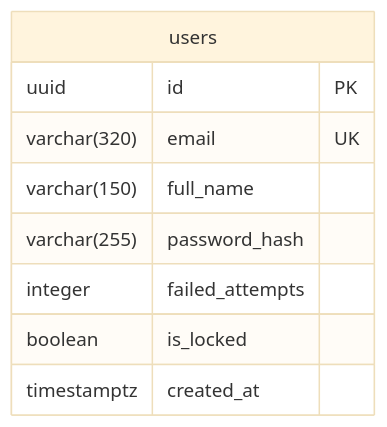
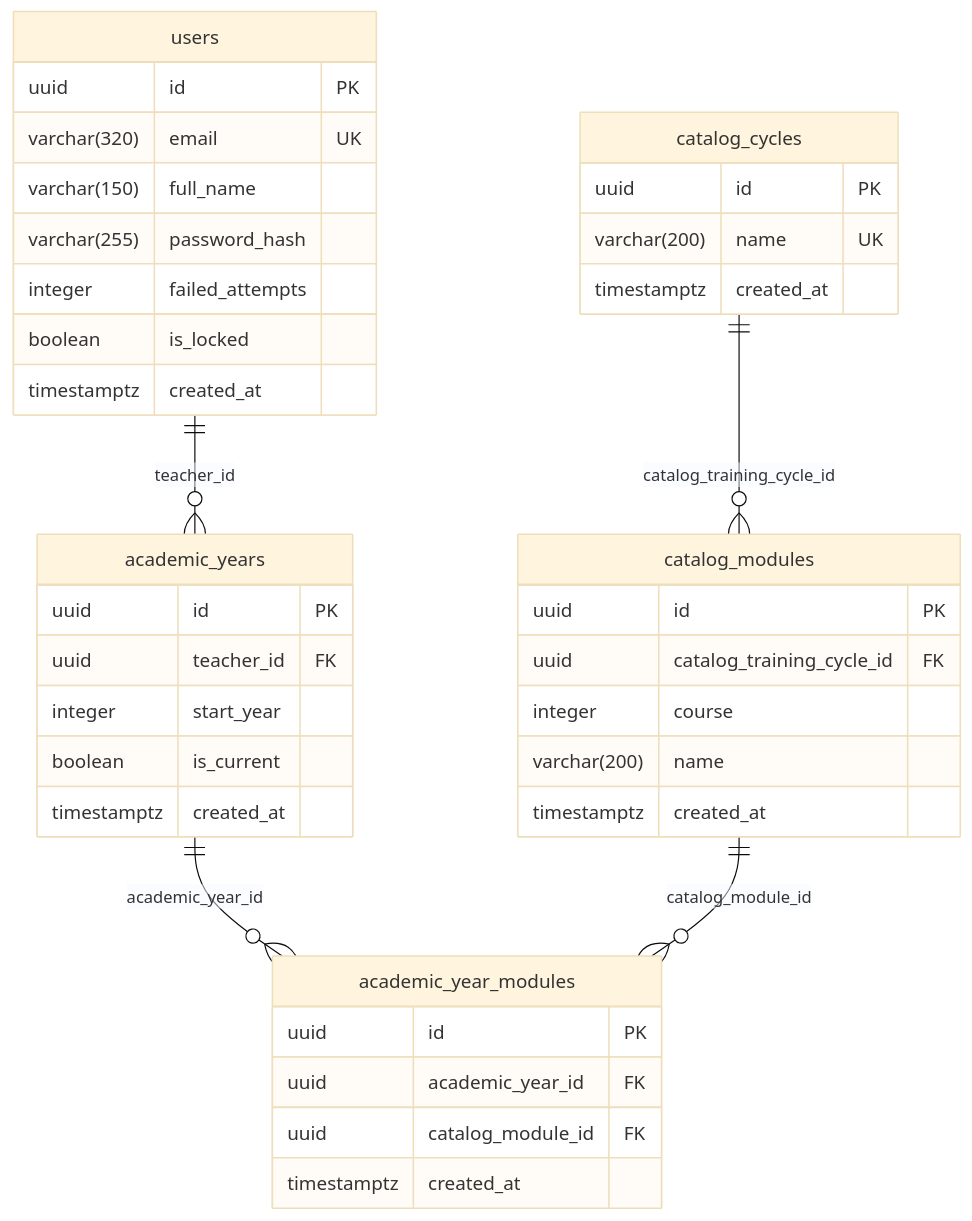
Before and after one commit to dbetancorfp/PYTO_CUADERNO_DE_AULA_V0: the diagram in docs/database.md, drawn with Mermaid (base theme). The commit also changed other lines of this file and 2 other files, not shown here.

First line of the commit message:
docs: sync database/architecture/index pages with real repo state

````diff
--- a/docs/database.md
+++ b/docs/database.md
@@ -42,12 +44,42 @@
 ```mermaid
 erDiagram
+    users ||--o{ academic_years : "teacher_id"
+    catalog_cycles ||--o{ catalog_modules : "catalog_training_cycle_id"
+    academic_years ||--o{ academic_year_modules : "academic_year_id"
+    catalog_modules ||--o{ academic_year_modules : "catalog_module_id"
+
     users {
         uuid id PK
         varchar(320) email UK
         varchar(150) full_name
         varchar(255) password_hash
         integer failed_attempts
         boolean is_locked
         timestamptz created_at
     }
+    catalog_cycles {
+        uuid id PK
+        varchar(200) name UK
+        timestamptz created_at
+    }
+    catalog_modules {
+        uuid id PK
+        uuid catalog_training_cycle_id FK
+        integer course
+        varchar(200) name
+        timestamptz created_at
+    }
+    academic_years {
+        uuid id PK
+        uuid teacher_id FK
+        integer start_year
+        boolean is_current
+        timestamptz created_at
+    }
+    academic_year_modules {
+        uuid id PK
+        uuid academic_year_id FK
+        uuid catalog_module_id FK
+        timestamptz created_at
+    }
 ```
````
